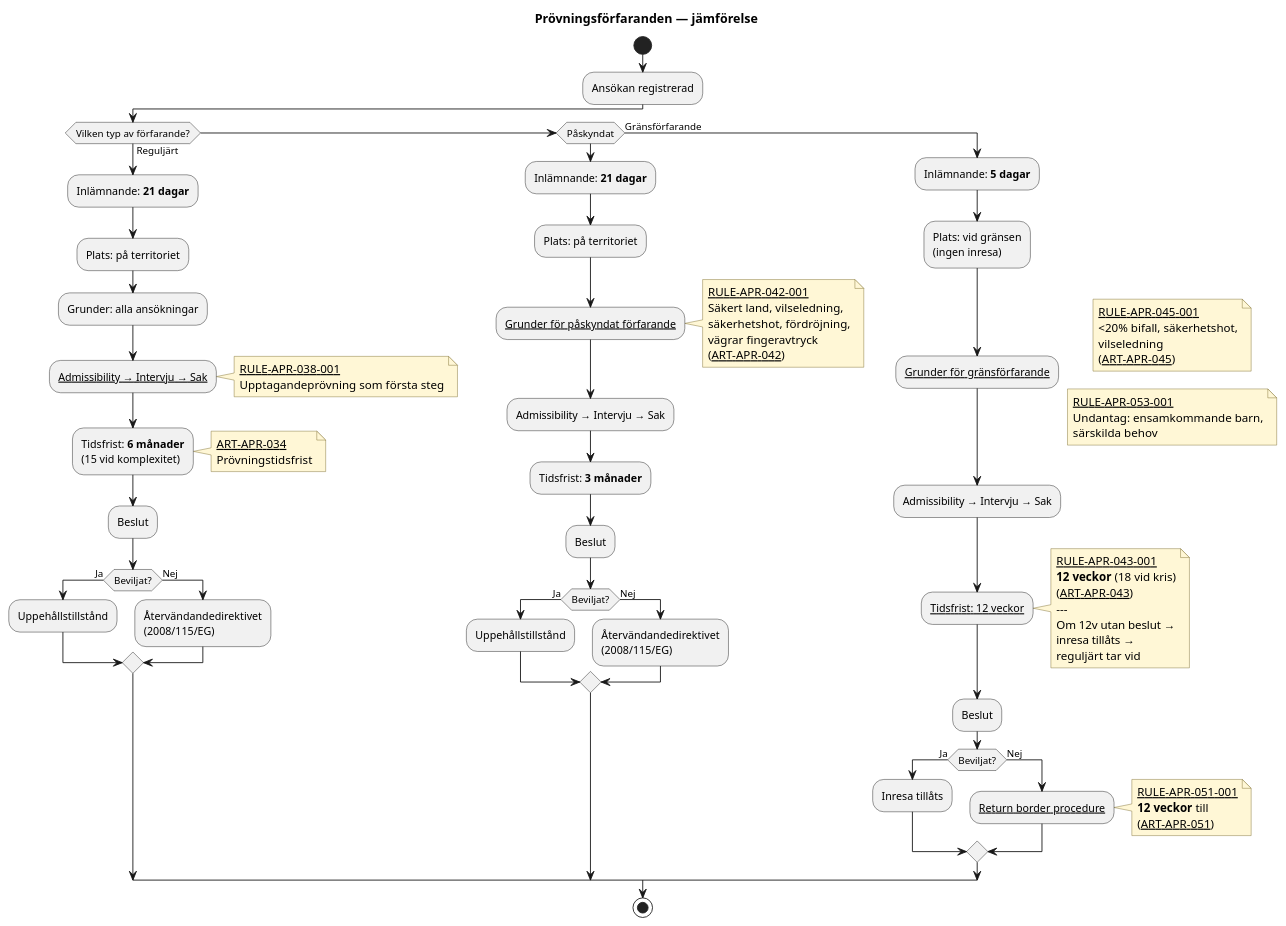
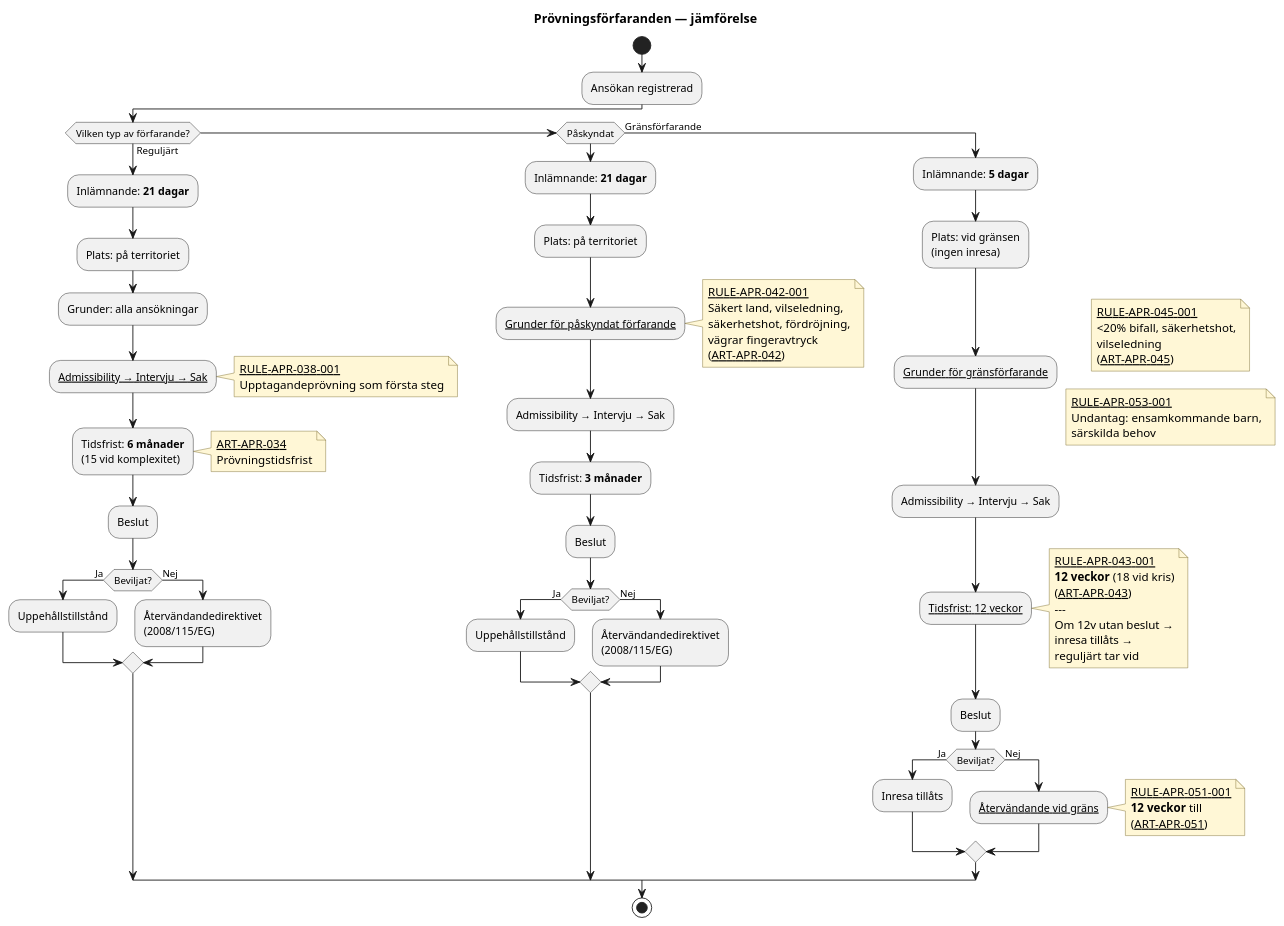
The diagram in docs/domains/border-procedure/diagrams/border-vs-regular-comparison.pu (chrhe894/migration_pact), drawn with PlantUML before and after one commit. The commit also changed 225 other files, not shown here.

```diff
--- a/docs/domains/border-procedure/diagrams/border-vs-regular-comparison.pu
+++ b/docs/domains/border-procedure/diagrams/border-vs-regular-comparison.pu
@@ -16,108 +16,108 @@
 @startuml border-vs-regular-comparison
 
 title Prövningsförfaranden — jämförelse
 
 skinparam shadowing false
 skinparam HyperlinkColor Black
 skinparam HyperlinkUnderline true
 skinparam defaultFontName Arial
 skinparam note {
   BackgroundColor #FFF7D6
   BorderColor #7A6A2A
 }
 
 start
 
 :Ansökan registrerad;
 
 if (Vilken typ av förfarande?) then (Reguljärt)
 
   :Inlämnande: **21 dagar**;
   :Plats: på territoriet;
   :Grunder: alla ansökningar;
   :[[../../asylum-procedure/rules/rule-apr-038-001.md Admissibility → Intervju → Sak]];
   note right
     [[../../asylum-procedure/rules/rule-apr-038-001.md RULE-APR-038-001]]
     Upptagandeprövning som första steg
   end note
   :Tidsfrist: **6 månader**
   (15 vid komplexitet);
   note right
     [[../../asylum-procedure/articles/apr-034.md ART-APR-034]]
     Prövningstidsfrist
   end note
   :Beslut;
   if (Beviljat?) then (Ja)
     :Uppehållstillstånd;
   else (Nej)
     :Återvändandedirektivet
     (2008/115/EG);
   endif
 
 elseif (Påskyndat)
 
   :Inlämnande: **21 dagar**;
   :Plats: på territoriet;
   :[[../../asylum-procedure/rules/rule-apr-042-001.md Grunder för påskyndat förfarande]];
   note right
     [[../../asylum-procedure/rules/rule-apr-042-001.md RULE-APR-042-001]]
     Säkert land, vilseledning,
     säkerhetshot, fördröjning,
     vägrar fingeravtryck
     ([[../../asylum-procedure/articles/apr-042.md ART-APR-042]])
   end note
   :Admissibility → Intervju → Sak;
   :Tidsfrist: **3 månader**;
   :Beslut;
   if (Beviljat?) then (Ja)
     :Uppehållstillstånd;
   else (Nej)
     :Återvändandedirektivet
     (2008/115/EG);
   endif
 
 else (Gränsförfarande)
 
   :Inlämnande: **5 dagar**;
   :Plats: vid gränsen
   (ingen inresa);
   :[[../rules/rule-apr-045-001.md Grunder för gränsförfarande]];
   note right
     [[../rules/rule-apr-045-001.md RULE-APR-045-001]]
     <20% bifall, säkerhetshot,
     vilseledning
     ([[../articles/apr-045.md ART-APR-045]])
   end note
   note right
     [[../rules/rule-apr-053-001.md RULE-APR-053-001]]
     Undantag: ensamkommande barn,
     särskilda behov
   end note
   :Admissibility → Intervju → Sak;
   :[[../rules/rule-apr-043-001.md Tidsfrist: 12 veckor]];
   note right
     [[../rules/rule-apr-043-001.md RULE-APR-043-001]]
     **12 veckor** (18 vid kris)
     ([[../articles/apr-043.md ART-APR-043]])
     ---
     Om 12v utan beslut →
     inresa tillåts →
     reguljärt tar vid
   end note
   :Beslut;
   if (Beviljat?) then (Ja)
     :Inresa tillåts;
   else (Nej)
-    :[[../rules/rule-apr-051-001.md Return border procedure]];
+    :[[../rules/rule-apr-051-001.md Återvändande vid gräns]];
     note right
       [[../rules/rule-apr-051-001.md RULE-APR-051-001]]
       **12 veckor** till
       ([[../articles/apr-051.md ART-APR-051]])
     end note
   endif
 
 endif
 
 stop
 
 @enduml
```
